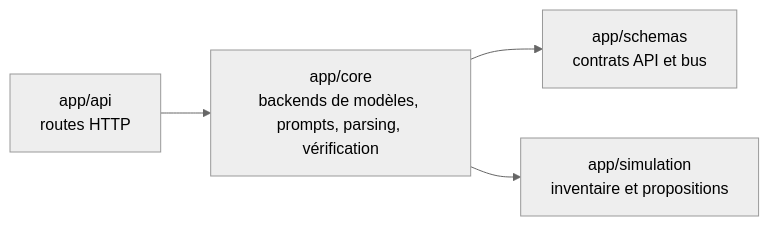
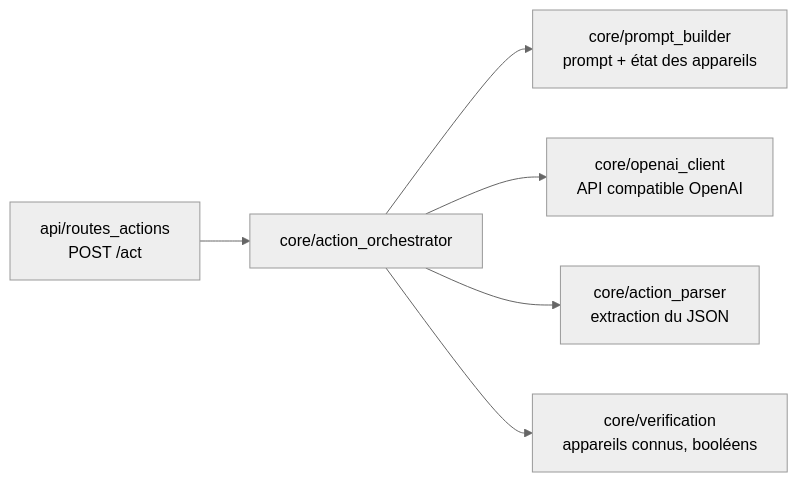
The fifth of 6 diagrams in documentation/architecture/vue-globale.md (jabfy-corp/jabfy-docs), drawn with Mermaid (neutral theme) before and after one commit. The commit also changed other lines of this file and 45 other files, not shown here.

First line of the commit message:
docs: prepare the 29/10 review: research, architecture, first measurements

````diff
--- a/documentation/architecture/vue-globale.md
+++ b/documentation/architecture/vue-globale.md
@@ -103,6 +126,8 @@
 ```mermaid
 flowchart LR
-  api[app/api<br/>routes HTTP] --> orch[app/core<br/>backends de modèles, prompts, parsing, vérification]
-  orch --> schemas[app/schemas<br/>contrats API et bus]
-  orch --> simu[app/simulation<br/>inventaire et propositions]
+  api[api/routes_actions<br/>POST /act] --> orch[core/action_orchestrator]
+  orch --> prompt[core/prompt_builder<br/>prompt + état des appareils]
+  orch --> client[core/openai_client<br/>API compatible OpenAI]
+  orch --> parser[core/action_parser<br/>extraction du JSON]
+  orch --> verify[core/verification<br/>appareils connus, booléens]
 ```
````
